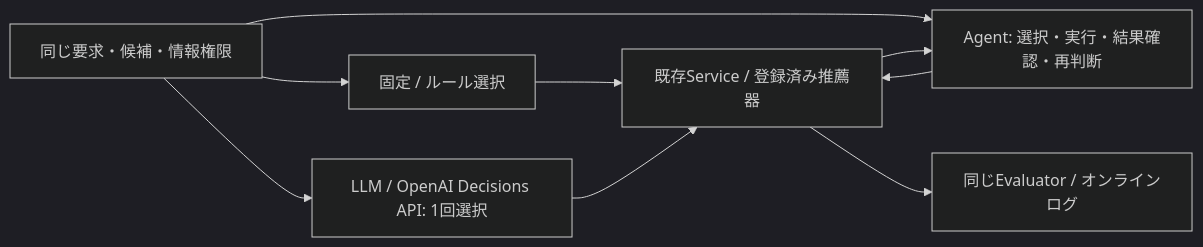
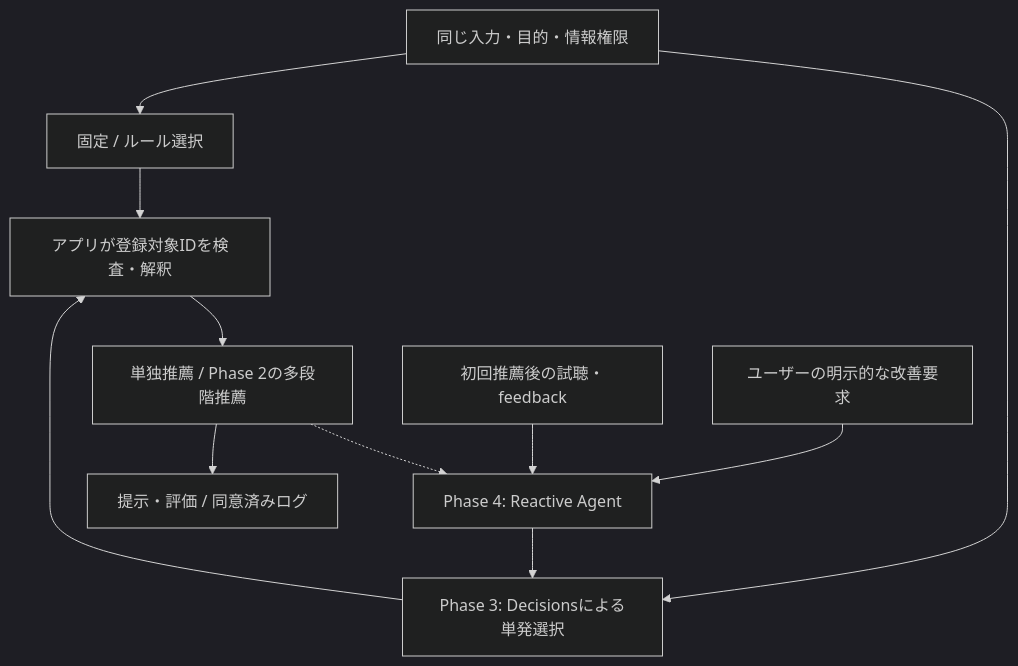
The second of 2 diagrams in docs/architecture.md (97kuek/music-recsys), drawn with Mermaid (dark theme) before and after one commit. The commit also changed other lines of this file and 65 other files, not shown here.

````diff
--- a/docs/architecture.md
+++ b/docs/architecture.md
@@ -106,11 +113,13 @@
 ```mermaid
-flowchart LR
-    Q[同じ要求・候補・情報権限] --> F[固定 / ルール選択]
-    Q --> L[LLM / OpenAI Decisions API: 1回選択]
-    Q --> A[Agent: 選択・実行・結果確認・再判断]
-    F --> S[既存Service / 登録済み推薦器]
-    L --> S
-    A --> S
-    S --> A
-    S --> E[同じEvaluator / オンラインログ]
+flowchart TB
+    Q[同じ入力・目的・情報権限] --> F[固定 / ルール選択]
+    Q --> L[Phase 3: Decisionsによる単発選択]
+    U[ユーザーの明示的な改善要求] --> A[Phase 4: Reactive Agent]
+    H[初回推薦後の試聴・feedback] --> A
+    A --> L
+    F --> X[アプリが登録対象IDを検査・解釈]
+    L --> X
+    X --> S[単独推薦 / Phase 2の多段階推薦]
+    S --> E[提示・評価 / 同意済みログ]
+    S -.-> A
 ```
````
